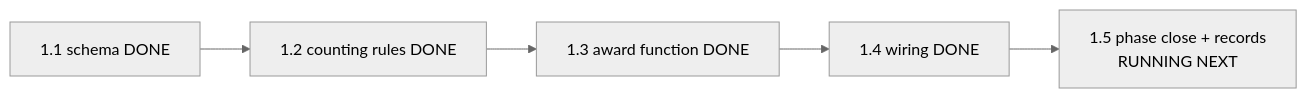
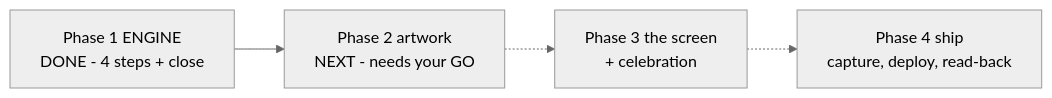
One commit to dkreinov/magic-clinic-english changed the diagram in .oplan/word-trophies/STATUS.md. Above: the diagram before and after it, drawn with Mermaid (neutral theme). The commit also changed other lines of this file and 4 other files, not shown here.

Commit message:
oplan: word-trophies PHASE 1 CLOSED — engine live at ledger 323 flat / 328 reported, contrast 52, both transcripts empty, public/ untouched

````diff
--- a/.oplan/word-trophies/STATUS.md
+++ b/.oplan/word-trophies/STATUS.md
@@ -9,7 +13,6 @@
 ```mermaid
 flowchart LR
-    S11[1.1 schema DONE] --> S12[1.2 counting rules DONE]
-    S12 --> S13[1.3 award function DONE]
-    S13 --> S14[1.4 wiring DONE]
-    S14 --> S15[1.5 phase close + records<br/>RUNNING NEXT]
+    P1[Phase 1 ENGINE<br/>DONE - 4 steps + close] --> P2[Phase 2 artwork<br/>NEXT - needs your GO]
+    P2 -.-> P3[Phase 3 the screen<br/>+ celebration]
+    P3 -.-> P4[Phase 4 ship<br/>capture, deploy, read-back]
 ```
````
